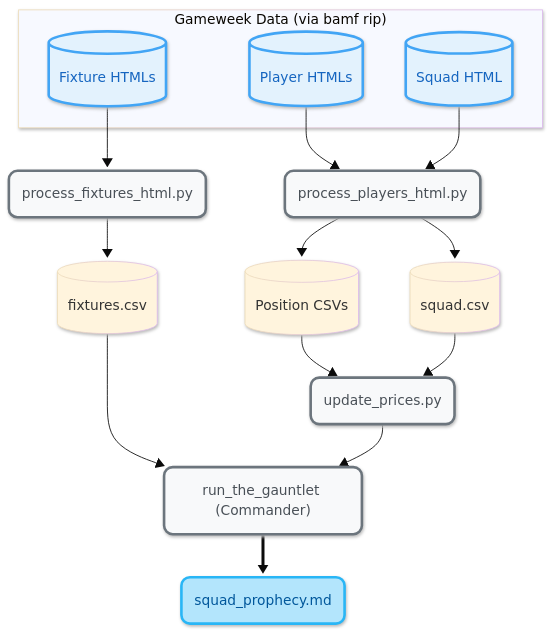
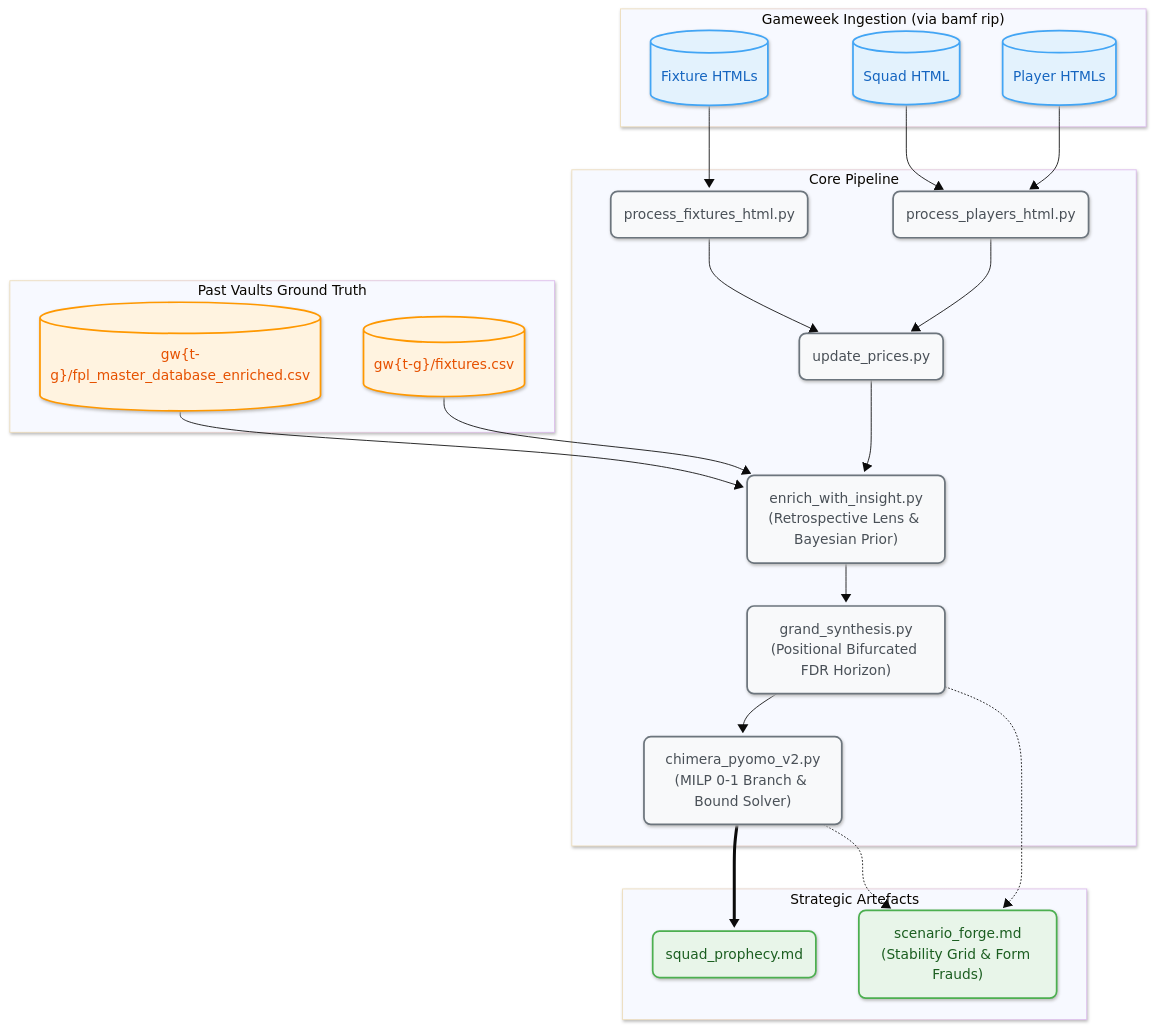
Before and after one commit to ianchanning/fpl-dominator: the diagram in README.md, drawn with Mermaid (base theme). The commit also changed other lines of this file, not shown here.

Commit message:
docs(readme): update operational grimoire with Scenario Forge reconnaissance and Weekly Ritual v2.0

````diff
--- a/README.md
+++ b/README.md
@@ -80,44 +97,50 @@
 ```mermaid
 ---
 config:
   look: neo
 ---
 graph TD
-    subgraph inputs["Gameweek Data (via bamf rip)"]
+    subgraph Inputs["Gameweek Ingestion (via bamf rip)"]
         A1[("Player HTMLs")]
         A2[("Fixture HTMLs")]
         A3[("Squad HTML")]
     end
 
-    B1("process_players_html.py")
-    C1[("Position CSVs")]
-    C2[("squad.csv")]
+    subgraph Historical["Past Vaults Ground Truth"]
+        H1[("gw{t-g}/fixtures.csv")]
+        H2[("gw{t-g}/fpl_master_database_enriched.csv")]
+    end
 
-    B2("process_fixtures_html.py")
-    C3[("fixtures.csv")]
+    subgraph Processors["Core Pipeline"]
+        B1("process_players_html.py")
+        B2("process_fixtures_html.py")
+        B3("update_prices.py")
+        B4("enrich_with_insight.py<br>(Retrospective Lens & Bayesian Prior)")
+        B5("grand_synthesis.py<br>(Positional Bifurcated FDR Horizon)")
+        B6("chimera_pyomo_v2.py<br>(MILP 0-1 Branch & Bound Solver)")
+    end
 
-    B3("update_prices.py")
+    subgraph Outputs["Strategic Artefacts"]
+        F1("squad_prophecy.md")
+        F2("scenario_forge.md<br>(Stability Grid & Form Frauds)")
+    end
 
-    B4("run_the_gauntlet (Commander)")
-    F1("squad_prophecy.md")
+    A1 & A3 --> B1
+    A2 --> B2
+    B1 & B2 --> B3
+    B3 & H1 & H2 --> B4
+    B4 --> B5
+    B5 --> B6
+    B6 ==> F1
+    B5 & B6 -.-> F2
 
-    A1 --> B1
-    A3 --> B1
-    B1 --> C1
-    B1 --> C2
-    A2 --> B2
-    B2 --> C3
-    C1 --> B3
-    C2 --> B3
-    C3 --> B4
-    B3 --> B4
-    B4 ==> F1
-
-    classDef inputStyle fill:#e3f2fd,stroke:#42a5f5,stroke-width:3px,color:#1565c0,rx:10,ry:10
-    classDef processStyle fill:#f8f9fa,stroke:#6c757d,stroke-width:3px,color:#495057,rx:10,ry:10
-    classDef outputStyle fill:#b3e5fc,stroke:#29b6f6,stroke-width:3px,color:#01579b,rx:10,ry:10
+    classDef inputStyle fill:#e3f2fd,stroke:#42a5f5,stroke-width:2px,color:#1565c0,rx:8,ry:8
+    classDef histStyle fill:#fff3e0,stroke:#ff9800,stroke-width:2px,color:#e65100,rx:8,ry:8
+    classDef processStyle fill:#f8f9fa,stroke:#6c757d,stroke-width:2px,color:#495057,rx:8,ry:8
+    classDef outputStyle fill:#e8f5e9,stroke:#4caf50,stroke-width:2px,color:#1b5e20,rx:8,ry:8
 
     class A1,A2,A3 inputStyle
-    class B1,B2,B3,B4 processStyle
-    class F1 outputStyle
+    class H1,H2 histStyle
+    class B1,B2,B3,B4,B5,B6 processStyle
+    class F1,F2 outputStyle
 ```
````
